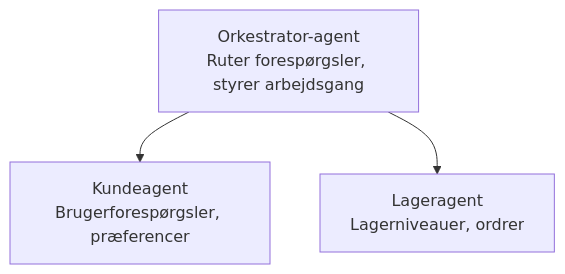
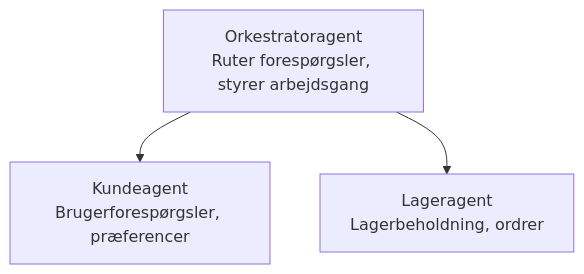
One commit to microsoft/AZD-for-beginners changed the diagram in translations/da/docs/chapter-05-multi-agent/README.md. Above: the diagram before and after it, drawn with Mermaid. The commit also changed other lines of this file and 101 other files, not shown here.

````diff
--- a/translations/da/docs/chapter-05-multi-agent/README.md
+++ b/translations/da/docs/chapter-05-multi-agent/README.md
@@ -50,5 +52,5 @@
 ```mermaid
 graph TD
-    Orchestrator[Orkestrator-agent<br/>Ruter forespørgsler, styrer arbejdsgang] --> Customer[Kundeagent<br/>Brugerforespørgsler, præferencer]
-    Orchestrator --> Inventory[Lageragent<br/>Lagerniveauer, ordrer]
+    Orchestrator[Orkestratoragent<br/>Ruter forespørgsler, styrer arbejdsgang] --> Customer[Kundeagent<br/>Brugerforespørgsler, præferencer]
+    Orchestrator --> Inventory[Lageragent<br/>Lagerbeholdning, ordrer]
 ```
````
